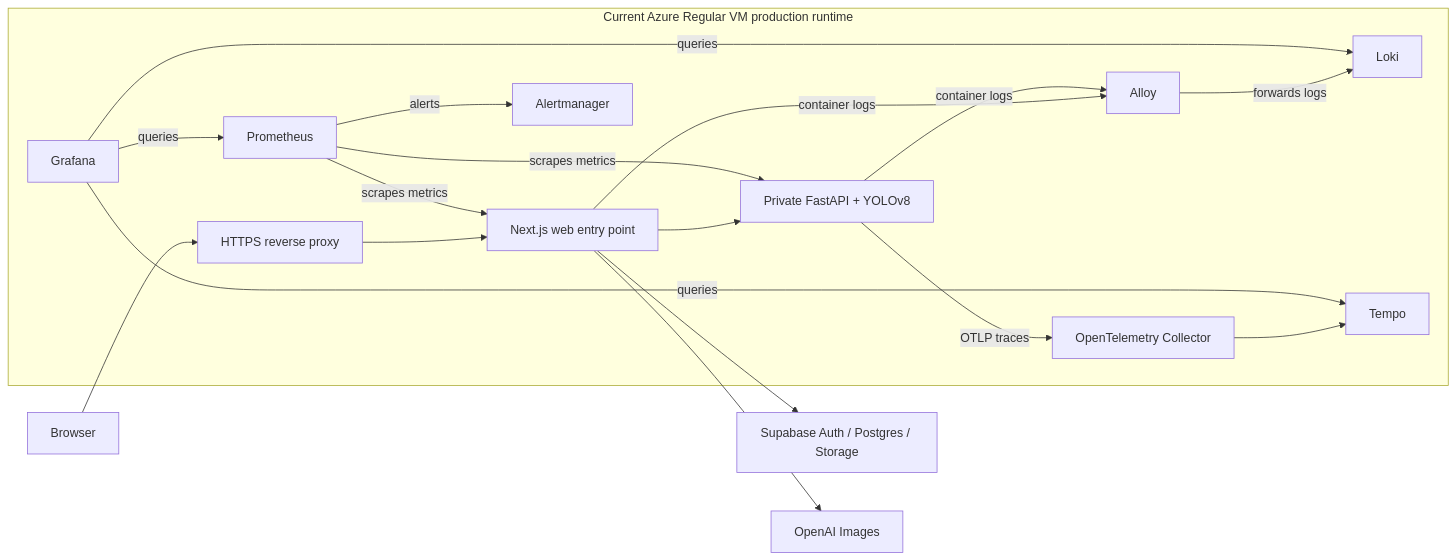
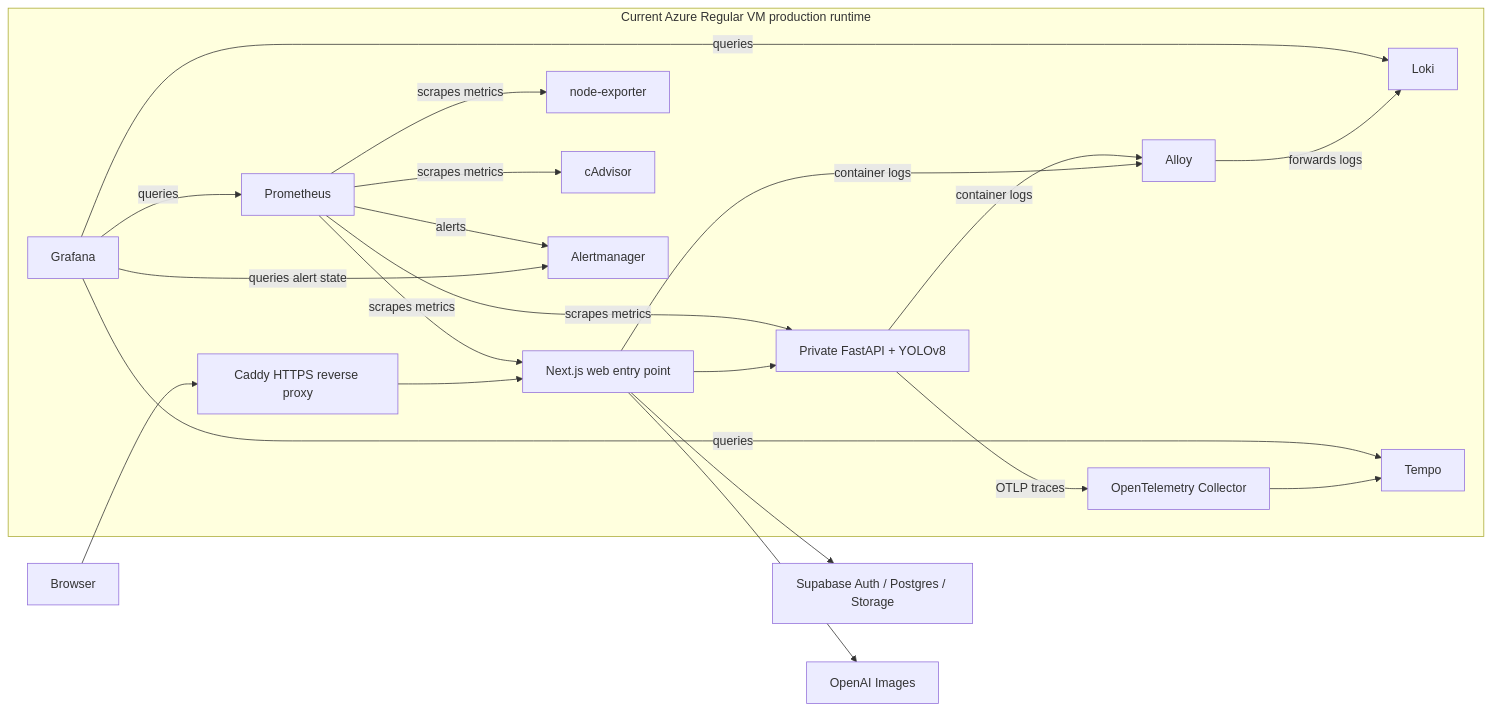
The first of 3 diagrams in docs/technical-case-study.md (hzzcoding/SlowChrome-Showcase), drawn with Mermaid before and after one commit. The commit also changed other lines of this file and 1 other file, not shown here.

````diff
--- a/docs/technical-case-study.md
+++ b/docs/technical-case-study.md
@@ -48,24 +28,27 @@
 ```mermaid
 flowchart LR
-    browser["Browser"] --> proxy["HTTPS reverse proxy"]
+    browser["Browser"] --> proxy["Caddy HTTPS reverse proxy"]
 
     subgraph vm["Current Azure Regular VM production runtime"]
         proxy --> web["Next.js web entry point"]
         web --> backend["Private FastAPI + YOLOv8"]
 
         prom["Prometheus"] -->|scrapes metrics| web
         prom -->|scrapes metrics| backend
+        prom -->|scrapes metrics| node["node-exporter"]
+        prom -->|scrapes metrics| cadvisor["cAdvisor"]
         web -->|container logs| alloy["Alloy"]
         backend -->|container logs| alloy
         alloy -->|forwards logs| loki["Loki"]
         backend -->|OTLP traces| otel["OpenTelemetry Collector"]
         otel --> tempo["Tempo"]
         grafana["Grafana"] -->|queries| prom
         grafana -->|queries| loki
         grafana -->|queries| tempo
-        prom -->|alerts| alertmanager["Alertmanager"]
+        grafana -->|queries alert state| alertmanager["Alertmanager"]
+        prom -->|alerts| alertmanager
     end
 
     web --> supabase["Supabase Auth / Postgres / Storage"]
     web --> openai["OpenAI Images"]
 ```
````
